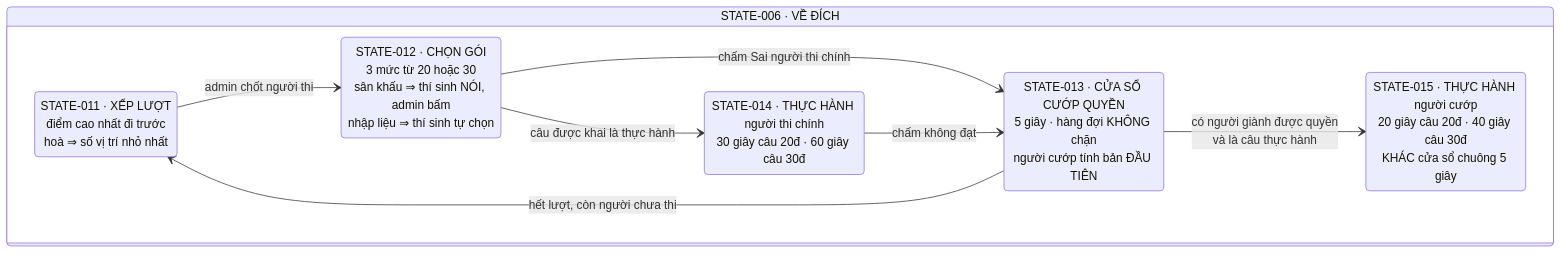
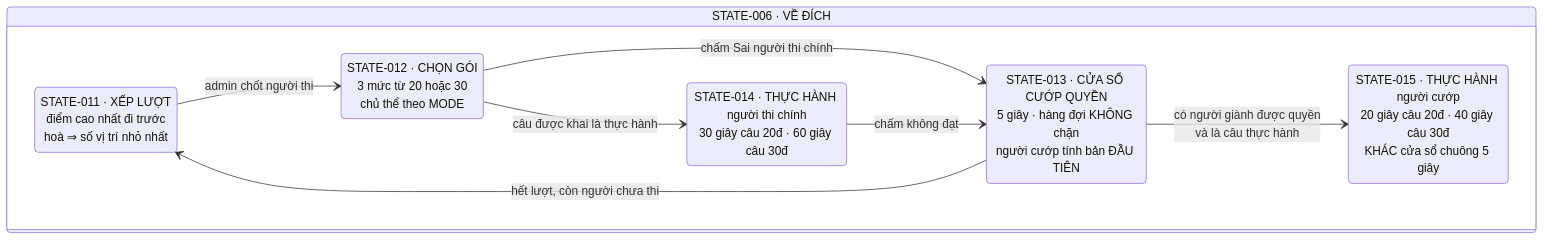
One commit to Noboroto/KnowledgeDome changed the fourth of 8 diagrams in docs/game-state-machine.md. Above: the diagram before and after it, drawn with Mermaid. The commit also changed other lines of this file and 8 other files, not shown here.

````diff
--- a/docs/game-state-machine.md
+++ b/docs/game-state-machine.md
@@ -143,17 +147,17 @@
 ```mermaid
 stateDiagram-v2
   state "STATE-006 · VỀ ĐÍCH" as VD {
     direction LR
     S011: STATE-011 · XẾP LƯỢT<br/>điểm cao nhất đi trước<br/>hoà ⇒ số vị trí nhỏ nhất
-    S012: STATE-012 · CHỌN GÓI<br/>3 mức từ 20 hoặc 30<br/>sân khấu ⇒ thí sinh NÓI, admin bấm<br/>nhập liệu ⇒ thí sinh tự chọn
+    S012: STATE-012 · CHỌN GÓI<br/>3 mức từ 20 hoặc 30<br/>chủ thể theo MODE
     S014: STATE-014 · THỰC HÀNH người thi chính<br/>30 giây câu 20đ · 60 giây câu 30đ
     S013: STATE-013 · CỬA SỔ CƯỚP QUYỀN<br/>5 giây · hàng đợi KHÔNG chặn<br/>người cướp tính bản ĐẦU TIÊN
     S015: STATE-015 · THỰC HÀNH người cướp<br/>20 giây câu 20đ · 40 giây câu 30đ<br/>KHÁC cửa sổ chuông 5 giây
     S011 --> S012: admin chốt người thi
     S012 --> S014: câu được khai là thực hành
     S012 --> S013: chấm Sai người thi chính
     S014 --> S013: chấm không đạt
     S013 --> S015: có người giành được quyền<br/>và là câu thực hành
     S013 --> S011: hết lượt, còn người chưa thi
   }
 ```
````
